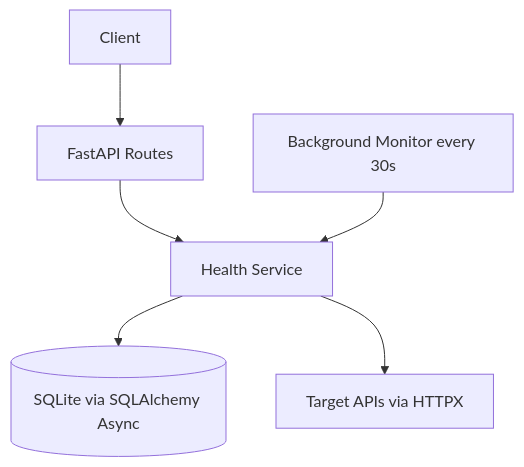
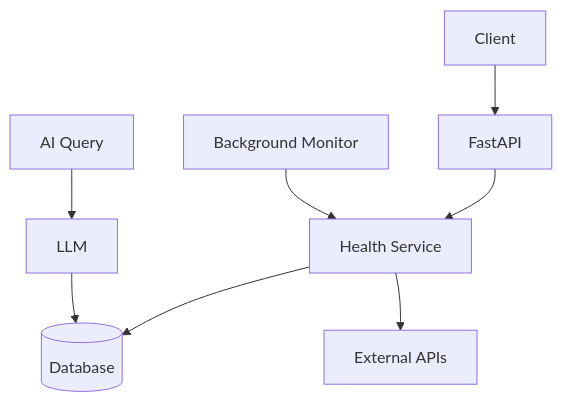
One commit to Avi-Jadhav03/api-sentinel changed the diagram in README.md. Above: the diagram before and after it, drawn with Mermaid. The commit also changed other lines of this file, not shown here.

````diff
--- a/README.md
+++ b/README.md
@@ -76,9 +103,11 @@
 ```mermaid
 flowchart TD
-	A[Client] --> B[FastAPI Routes]
-	B --> C[Health Service]
-	C --> D[(SQLite via SQLAlchemy Async)]
-	C --> E[Target APIs via HTTPX]
+    A[Client] --> B[FastAPI]
+    B --> C[Health Service]
+    C --> D[(Database)]
+    C --> E[External APIs]
 
-	F[Background Monitor every 30s] --> C
+    F[Background Monitor] --> C
+    G[AI Query] --> H[LLM]
+    H --> D
 ```
````
